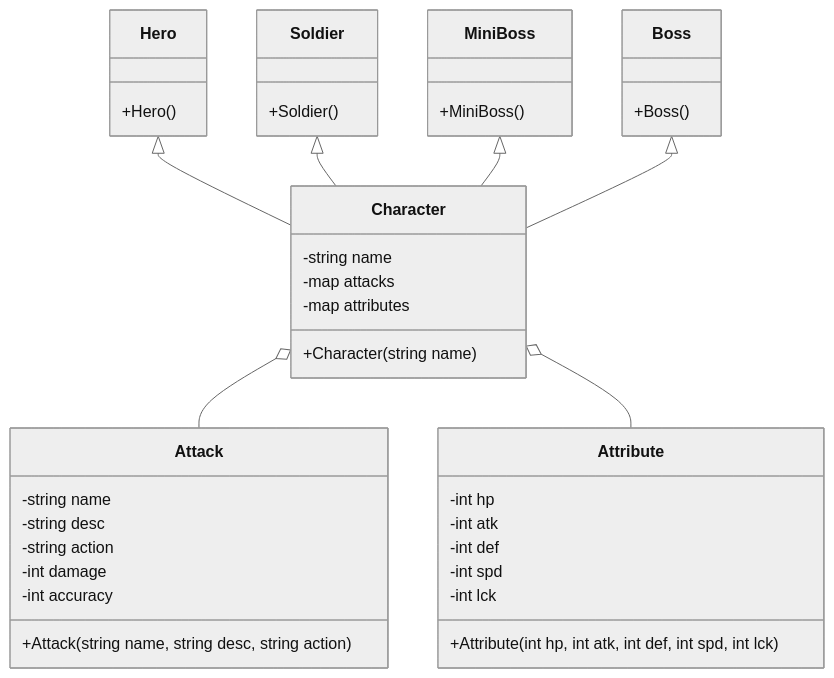
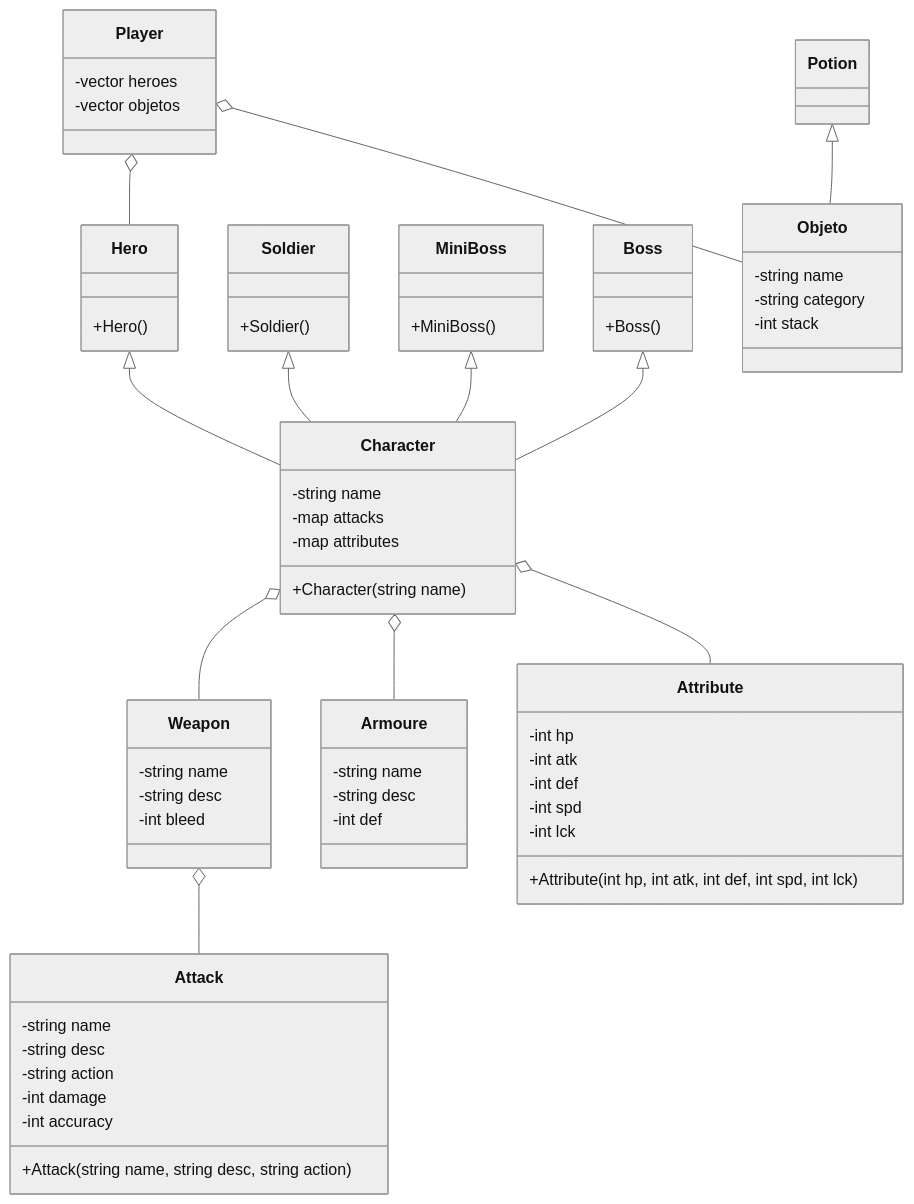
Before and after one commit to AlejandroSnap/PROYECTO-POO: the diagram in Diagrama.md, drawn with Mermaid (neutral theme).

````diff
--- a/Diagrama.md
+++ b/Diagrama.md
@@ -3,50 +3,82 @@
 ```mermaid
 classDiagram
     class Hero {
         +Hero()
     }
 
     class Soldier {
         +Soldier()
     }
 
     class MiniBoss {
         +MiniBoss()
     }
 
     class Boss {
         +Boss()
     }
 
     class Character {
         -string name
         -map<string, Attack> attacks
         -map<string, Attribute> attributes
         +Character(string name)
     }
 
     class Attribute {
         -int hp
         -int atk
         -int def
         -int spd
         -int lck
         +Attribute(int hp, int atk, int def, int spd, int lck)
     }
 
     class Attack {
         -string name
         -string desc
         -string action
         -int damage
         -int accuracy
         +Attack(string name, string desc, string action)
     }
 
+    class Armoure {
+        -string name
+        -string desc
+        -int def
+    }
+
+    class Weapon {
+        -string name
+        -string desc
+        -int bleed
+    }
+
+    class Player {
+        -vector<Hero> heroes
+        -vector<Objeto> objetos
+    }
+
+    class Objeto {
+        -string name
+        -string category
+        -int stack
+    }
+
+    class Potion {
+
+    }
+
+    Potion <|-- Objeto    
+    Player o-- Hero
+    Player o-- Objeto
+    Weapon o-- Attack
+    Character o-- Weapon
+    Character o-- Armoure
     Hero <|-- Character
     Soldier <|-- Character
     MiniBoss <|-- Character
     Boss <|-- Character
-    Character o-- Attack
     Character o-- Attribute
 ```
````
